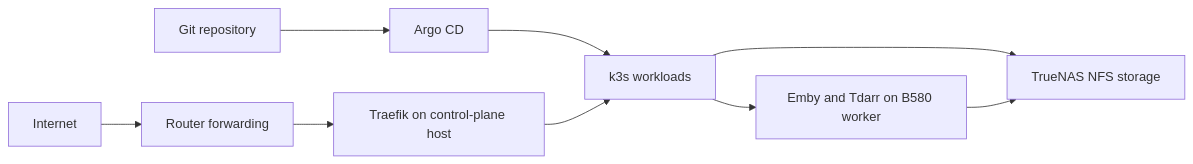
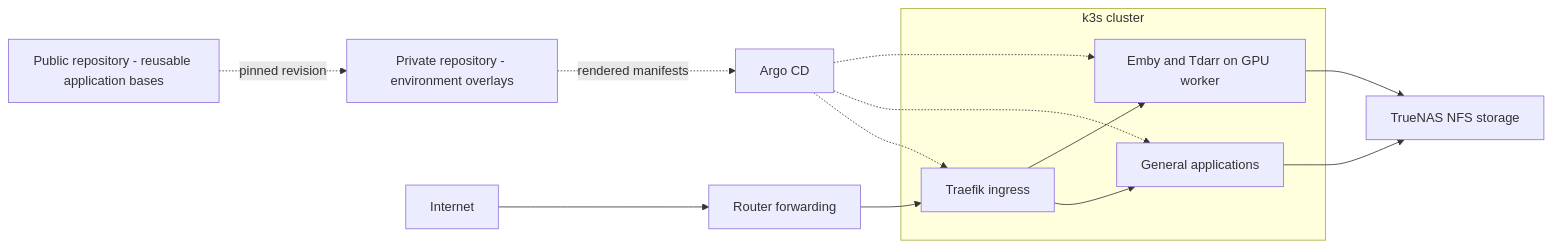
Before and after one commit to rammad/homelab-platform: the diagram in README.md, drawn with Mermaid. The commit also changed other lines of this file and 61 other files, not shown here.

````diff
--- a/README.md
+++ b/README.md
@@ -33,11 +35,19 @@
 ```mermaid
 flowchart LR
-    Git[Git repository] --> Argo[Argo CD]
-    Argo --> Cluster[k3s workloads]
+    Public[Public repository - reusable application bases] -. pinned revision .-> Git[Private repository - environment overlays]
+    Git -. rendered manifests .-> Argo[Argo CD]
     Internet --> Router[Router forwarding]
-    Router --> Traefik[Traefik on control-plane host]
-    Traefik --> Cluster
-    Cluster --> NAS[TrueNAS NFS storage]
-    Cluster --> GPU[Emby and Tdarr on B580 worker]
+    subgraph Cluster[k3s cluster]
+        Traefik[Traefik ingress]
+        Apps[General applications]
+        GPU[Emby and Tdarr on GPU worker]
+    end
+    Argo -.-> Traefik
+    Argo -.-> Apps
+    Argo -.-> GPU
+    Router --> Traefik
+    Traefik --> Apps
+    Traefik --> GPU
+    Apps --> NAS[TrueNAS NFS storage]
     GPU --> NAS
 ```
````
